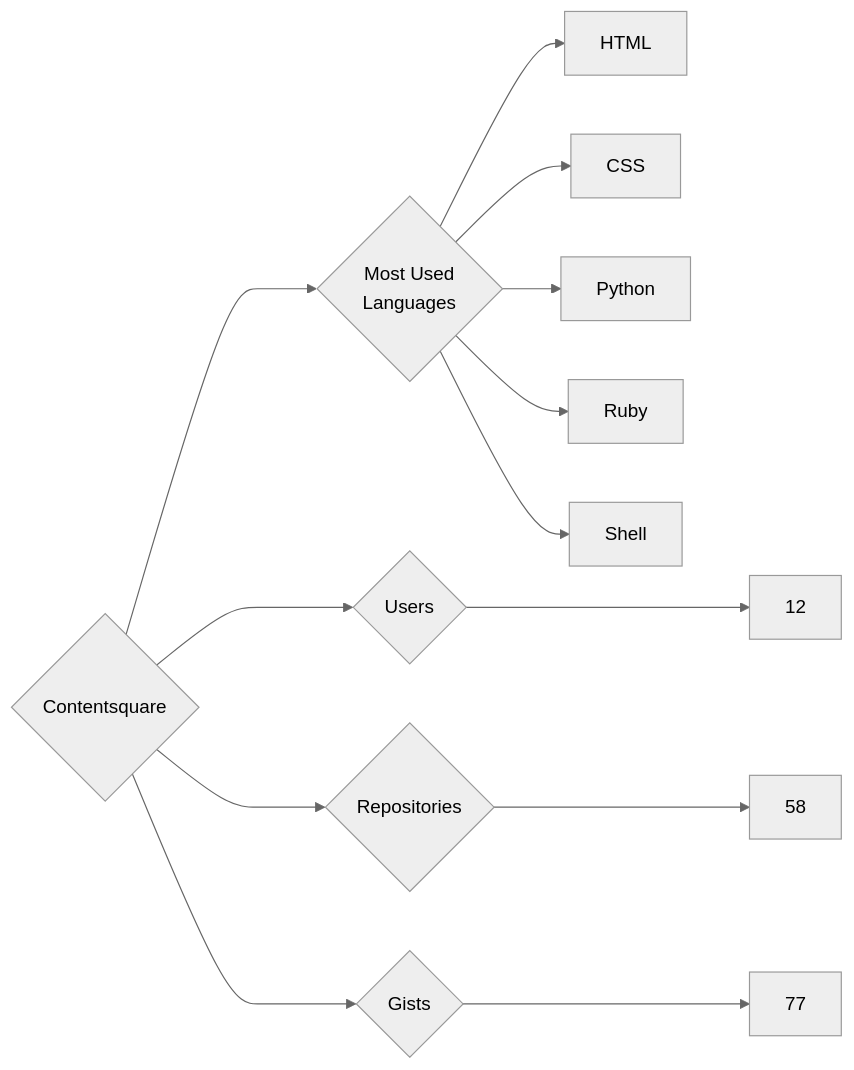
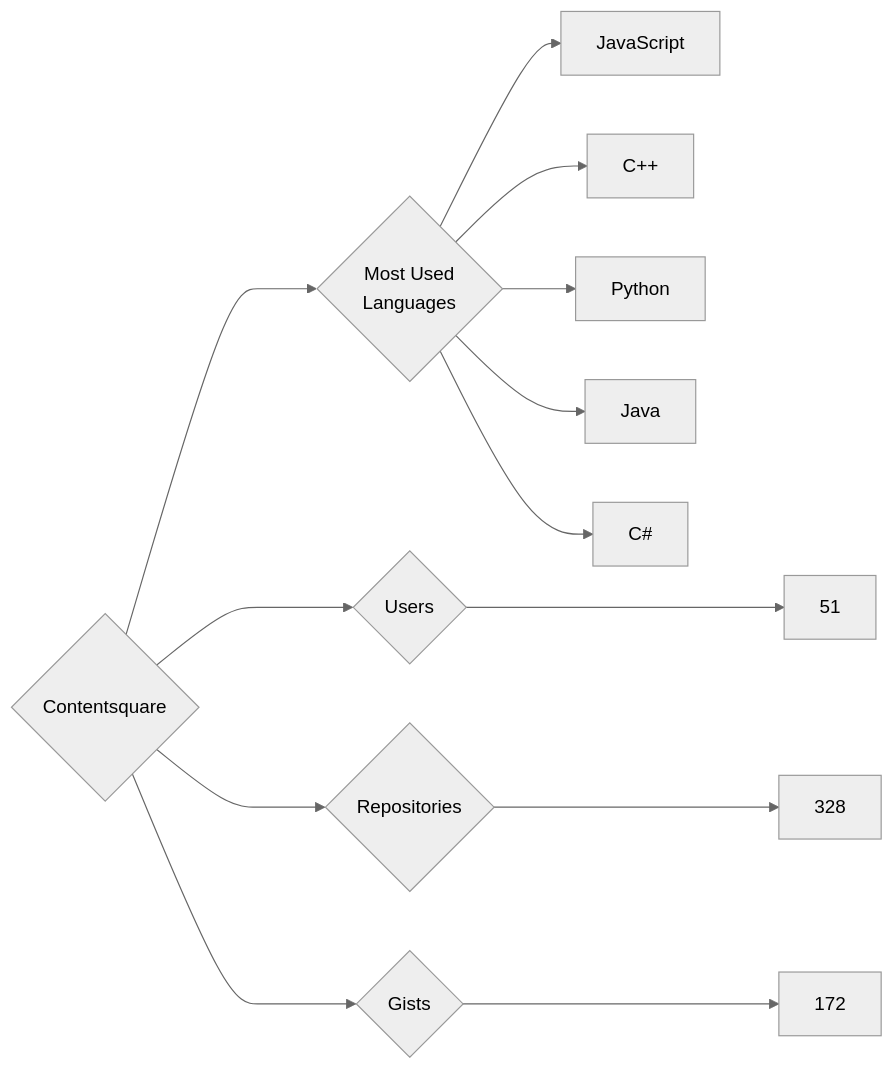
The diagram in targets/Contentsquare/README.md (trickest/insiders), drawn with Mermaid (neutral theme) before and after one commit. The commit also changed 1003 other files, not shown here.

````diff
--- a/targets/Contentsquare/README.md
+++ b/targets/Contentsquare/README.md
@@ -3,13 +3,13 @@
 ```mermaid
 graph LR
 COMPANY_NAME{Contentsquare}
-COMPANY_NAME ---> U{Users} ---> UN[12]
-COMPANY_NAME ---> R{Repositories} ---> RN[58]
-COMPANY_NAME ---> G{Gists} ---> GN[77]
+COMPANY_NAME ---> U{Users} ---> UN[51]
+COMPANY_NAME ---> R{Repositories} ---> RN[328]
+COMPANY_NAME ---> G{Gists} ---> GN[172]
 COMPANY_NAME ---> ML{Most Used<br>Languages}
-ML --> HTML[HTML]
-ML --> CSS[CSS]
+ML --> JavaScript[JavaScript]
+ML --> C++[C++]
 ML --> Python[Python]
-ML --> Ruby[Ruby]
-ML --> Shell[Shell]
+ML --> Java[Java]
+ML --> C#[C#]
 ```
````
